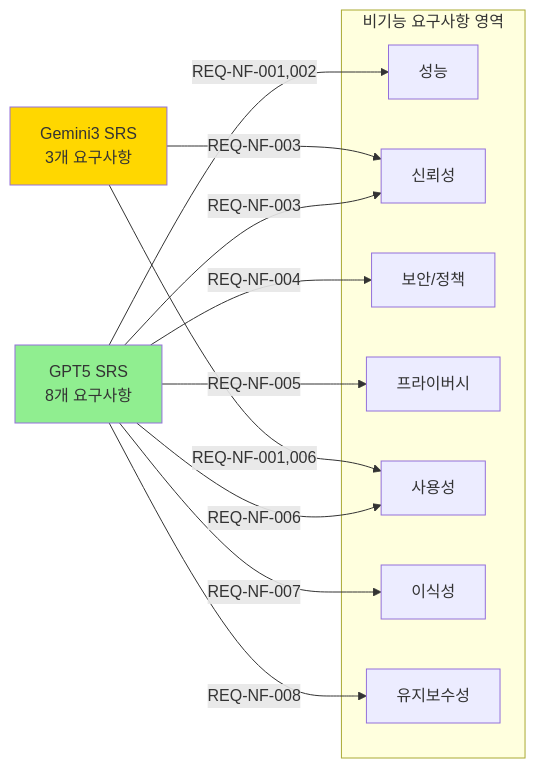
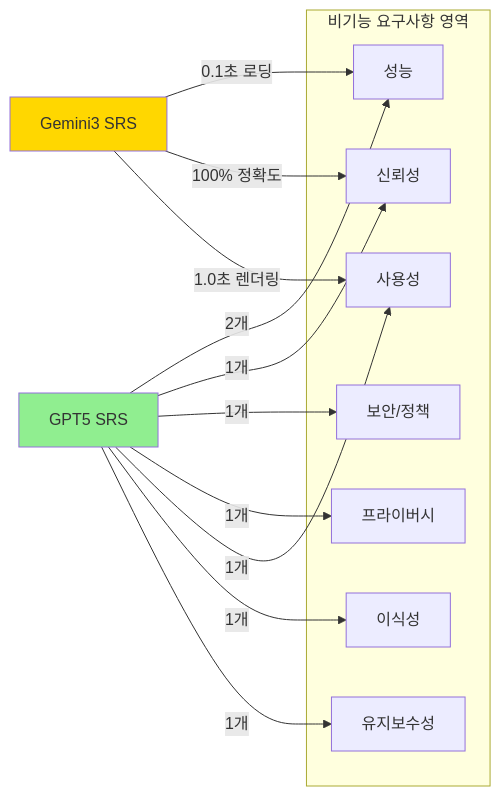
The fourth of 7 diagrams in Digital-minimalist-project_Self-development/5-3.SRS-GPT5-GEMINI3비교.md (lindaleeeee/Digital-minimalist-project-Self-development), drawn with Mermaid before and after one commit. The commit also changed other lines of this file and 63 other files, not shown here.

````diff
--- a/Digital-minimalist-project_Self-development/5-3.SRS-GPT5-GEMINI3비교.md
+++ b/Digital-minimalist-project_Self-development/5-3.SRS-GPT5-GEMINI3비교.md
@@ -127,29 +121,30 @@
 ```mermaid
 graph LR
-    subgraph NFR["비기능 요구사항 영역"]
-        N1[성능]
-        N2[신뢰성]
-        N3[보안/정책]
-        N4[프라이버시]
-        N5[사용성]
-        N6[이식성]
-        N7[유지보수성]
-    end
-    
-    GPT[GPT5 SRS<br/>8개 요구사항]
-    GEM[Gemini3 SRS<br/>3개 요구사항]
-    
-    GPT -->|REQ-NF-001,002| N1
-    GPT -->|REQ-NF-003| N2
-    GPT -->|REQ-NF-004| N3
-    GPT -->|REQ-NF-005| N4
-    GPT -->|REQ-NF-006| N5
-    GPT -->|REQ-NF-007| N6
-    GPT -->|REQ-NF-008| N7
-    
-    GEM -->|REQ-NF-001,006| N5
-    GEM -->|REQ-NF-003| N2
-    
-    style GPT fill:#90EE90
-    style GEM fill:#FFD700
+subgraph NFR["비기능 요구사항 영역"]
+N1[성능]
+N2[신뢰성]
+N3[보안/정책]
+N4[프라이버시]
+N5[사용성]
+N6[이식성]
+N7[유지보수성]
+end
+GPT[GPT5 SRS]
+GEM[Gemini3 SRS]
+
+GPT -->|2개| N1
+GPT -->|1개| N2
+GPT -->|1개| N3
+GPT -->|1개| N4
+GPT -->|1개| N5
+GPT -->|1개| N6
+GPT -->|1개| N7
+
+GEM -->|0.1초 로딩| N1
+GEM -->|100% 정확도| N2
+GEM -->|1.0초 렌더링| N5
+
+style GPT fill:#90EE90
+style GEM fill:#FFD700
+
 ```
````
